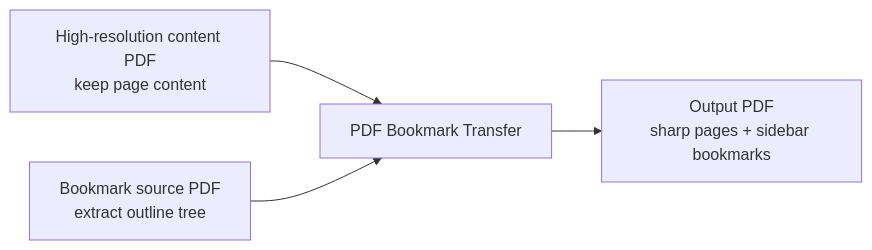
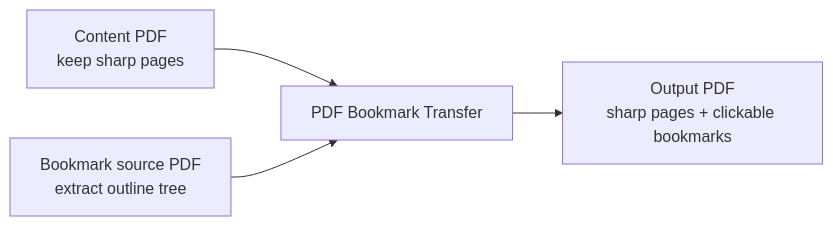
The diagram in README_EN.md (Zhairest/PDF_Bookmark_Transfer), drawn with Mermaid before and after one commit. The commit also changed other lines of this file and 8 other files, not shown here.

````diff
--- a/README_EN.md
+++ b/README_EN.md
@@ -75,6 +80,6 @@
 ```mermaid
 flowchart LR
-    A[High-resolution content PDF<br/>keep page content] --> C[PDF Bookmark Transfer]
+    A[Content PDF<br/>keep sharp pages] --> C[PDF Bookmark Transfer]
     B[Bookmark source PDF<br/>extract outline tree] --> C
-    C --> D[Output PDF<br/>sharp pages + sidebar bookmarks]
+    C --> D[Output PDF<br/>sharp pages + clickable bookmarks]
 ```
````
